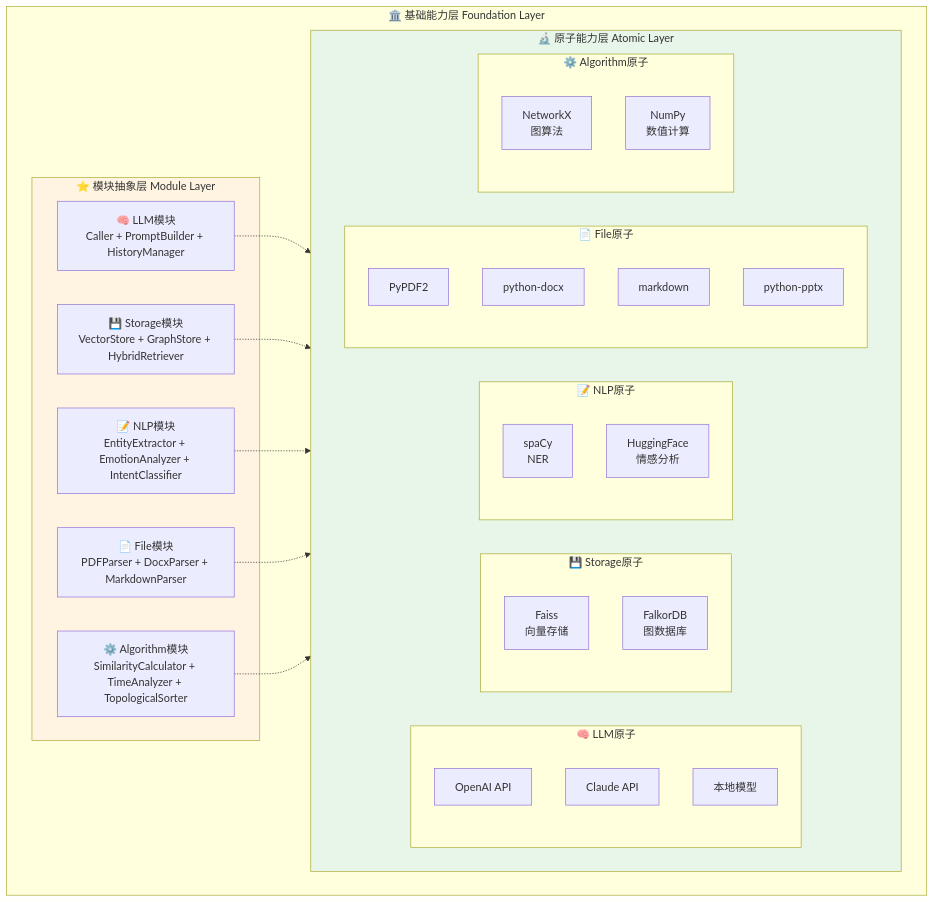
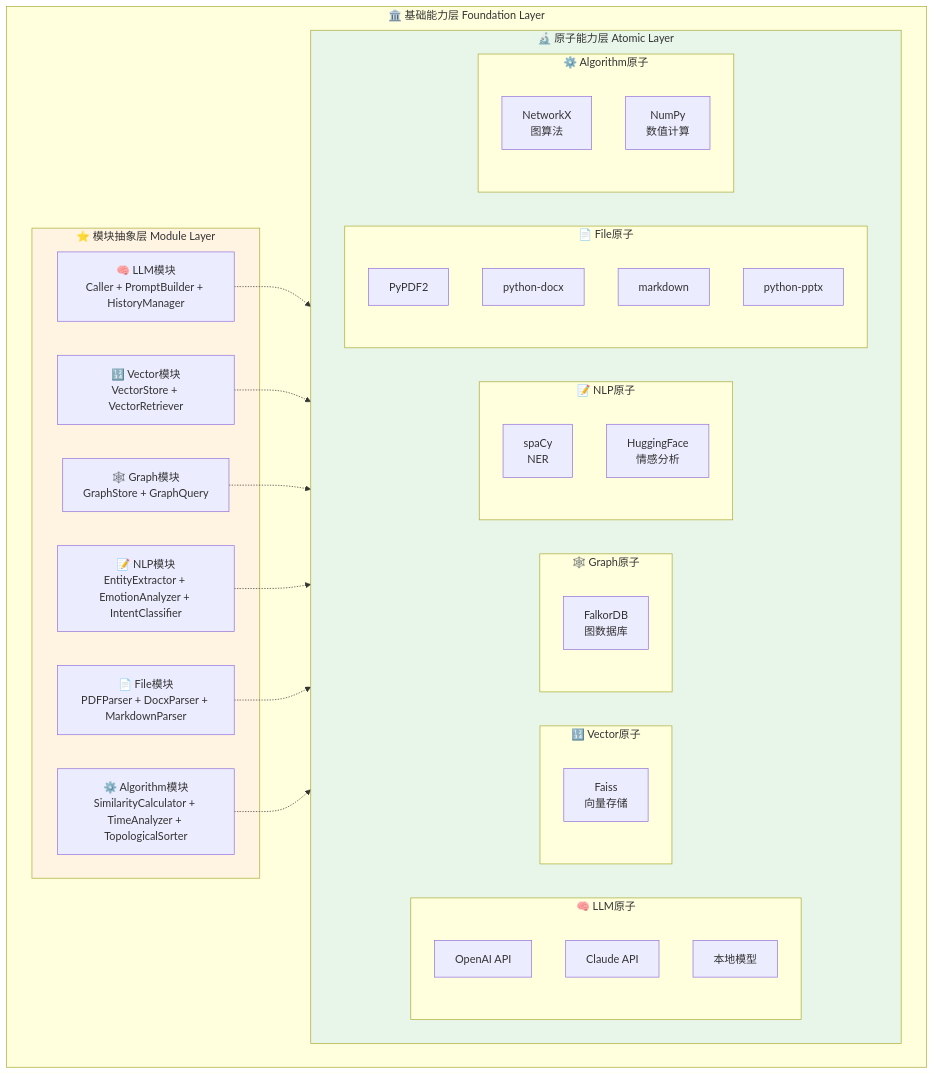
Before and after one commit to kailiangenn/another-me: the second of 13 diagrams in ame-doc/architecture.md, drawn with Mermaid. The commit also changed other lines of this file and 2 other files, not shown here.

````diff
--- a/ame-doc/architecture.md
+++ b/ame-doc/architecture.md
@@ -236,53 +242,58 @@
 ```mermaid
 graph TB
     subgraph Foundation["🏛️ 基础能力层 Foundation Layer"]
         subgraph ModuleLayer["⭐ 模块抽象层 Module Layer"]
             M1["🧠 LLM模块<br/>Caller + PromptBuilder + HistoryManager"]
-            M2["💾 Storage模块<br/>VectorStore + GraphStore + HybridRetriever"]
-            M3["📝 NLP模块<br/>EntityExtractor + EmotionAnalyzer + IntentClassifier"]
-            M4["📄 File模块<br/>PDFParser + DocxParser + MarkdownParser"]
-            M5["⚙️ Algorithm模块<br/>SimilarityCalculator + TimeAnalyzer + TopologicalSorter"]
+            M2["🔢 Vector模块<br/>VectorStore + VectorRetriever"]
+            M3["🕸️ Graph模块<br/>GraphStore + GraphQuery"]
+            M4["📝 NLP模块<br/>EntityExtractor + EmotionAnalyzer + IntentClassifier"]
+            M5["📄 File模块<br/>PDFParser + DocxParser + MarkdownParser"]
+            M6["⚙️ Algorithm模块<br/>SimilarityCalculator + TimeAnalyzer + TopologicalSorter"]
         end
         
         subgraph AtomicLayer["🔬 原子能力层 Atomic Layer"]
             direction LR
             
             subgraph LLM_Atomic["🧠 LLM原子"]
                 L1["OpenAI API"]
                 L2["Claude API"]
                 L3["本地模型"]
             end
             
-            subgraph Storage_Atomic["💾 Storage原子"]
-                S1["Faiss<br/>向量存储"]
-                S2["FalkorDB<br/>图数据库"]
+            subgraph Vector_Atomic["🔢 Vector原子"]
+                V1["Faiss<br/>向量存储"]
+            end
+            
+            subgraph Graph_Atomic["🕸️ Graph原子"]
+                G1["FalkorDB<br/>图数据库"]
             end
             
             subgraph NLP_Atomic["📝 NLP原子"]
                 N1["spaCy<br/>NER"]
                 N2["HuggingFace<br/>情感分析"]
             end
             
             subgraph File_Atomic["📄 File原子"]
                 F1["PyPDF2"]
                 F2["python-docx"]
                 F3["markdown"]
                 F4["python-pptx"]
             end
             
             subgraph Algorithm_Atomic["⚙️ Algorithm原子"]
                 A1["NetworkX<br/>图算法"]
                 A2["NumPy<br/>数值计算"]
             end
         end
         
         M1 -.-> LLM_Atomic
-        M2 -.-> Storage_Atomic
-        M3 -.-> NLP_Atomic
-        M4 -.-> File_Atomic
-        M5 -.-> Algorithm_Atomic
+        M2 -.-> Vector_Atomic
+        M3 -.-> Graph_Atomic
+        M4 -.-> NLP_Atomic
+        M5 -.-> File_Atomic
+        M6 -.-> Algorithm_Atomic
     end
     
     style ModuleLayer fill:#fff4e1
     style AtomicLayer fill:#e8f5e9
 ```
````
